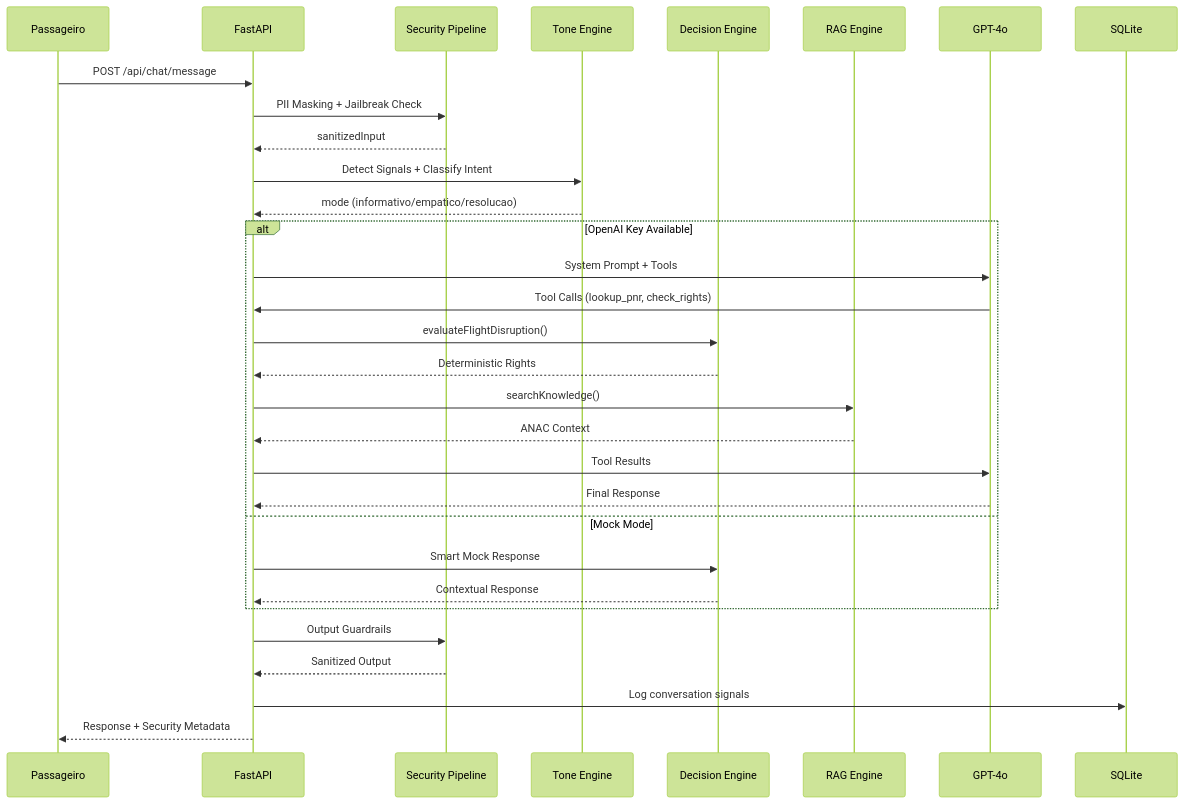
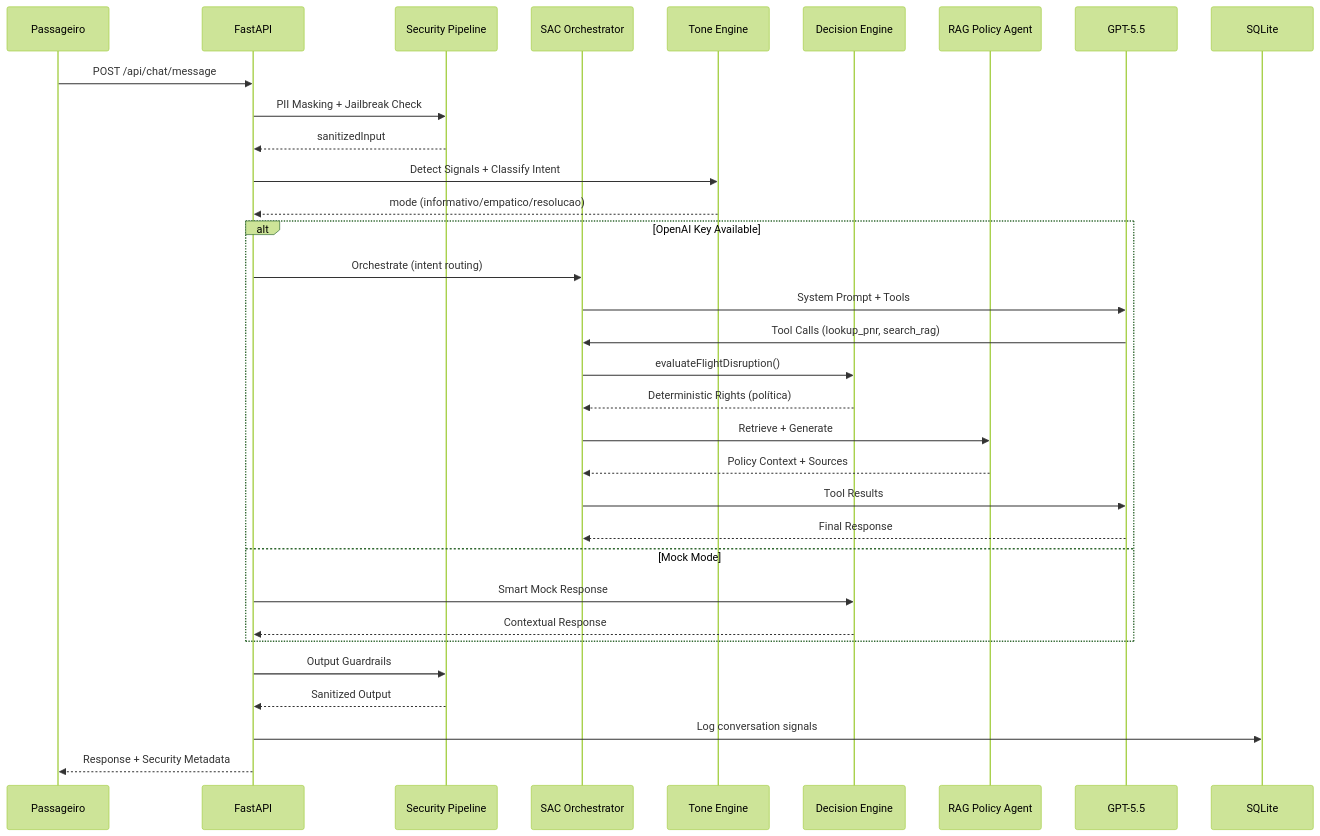
One commit to alvarobastos-alis/airops-papagaiofly changed the second of 4 diagrams in README.md. Above: the diagram before and after it, drawn with Mermaid (forest theme). The commit also changed other lines of this file, not shown here.

Commit message:
docs: atualizar README com estado atual do projeto (63 modulos, 25 PNRs, 13 endpoints, 4 agentes, policy-first)

````diff
--- a/README.md
+++ b/README.md
@@ -97,37 +115,39 @@
 ```mermaid
 sequenceDiagram
     participant U as Passageiro
     participant API as FastAPI
     participant SEC as Security Pipeline
+    participant ORCH as SAC Orchestrator
     participant TE as Tone Engine
     participant DE as Decision Engine
-    participant RAG as RAG Engine
-    participant LLM as GPT-4o
+    participant RAG as RAG Policy Agent
+    participant LLM as GPT-5.5
     participant DB as SQLite
 
     U->>API: POST /api/chat/message
     API->>SEC: PII Masking + Jailbreak Check
     SEC-->>API: sanitizedInput
 
     API->>TE: Detect Signals + Classify Intent
     TE-->>API: mode (informativo/empatico/resolucao)
 
     alt OpenAI Key Available
-        API->>LLM: System Prompt + Tools
-        LLM->>API: Tool Calls (lookup_pnr, check_rights)
-        API->>DE: evaluateFlightDisruption()
-        DE-->>API: Deterministic Rights
-        API->>RAG: searchKnowledge()
-        RAG-->>API: ANAC Context
-        API->>LLM: Tool Results
-        LLM-->>API: Final Response
+        API->>ORCH: Orchestrate (intent routing)
+        ORCH->>LLM: System Prompt + Tools
+        LLM->>ORCH: Tool Calls (lookup_pnr, search_rag)
+        ORCH->>DE: evaluateFlightDisruption()
+        DE-->>ORCH: Deterministic Rights (política)
+        ORCH->>RAG: Retrieve + Generate
+        RAG-->>ORCH: Policy Context + Sources
+        ORCH->>LLM: Tool Results
+        LLM-->>ORCH: Final Response
     else Mock Mode
         API->>DE: Smart Mock Response
         DE-->>API: Contextual Response
     end
 
     API->>SEC: Output Guardrails
     SEC-->>API: Sanitized Output
     API->>DB: Log conversation signals
     API-->>U: Response + Security Metadata
 ```
````
